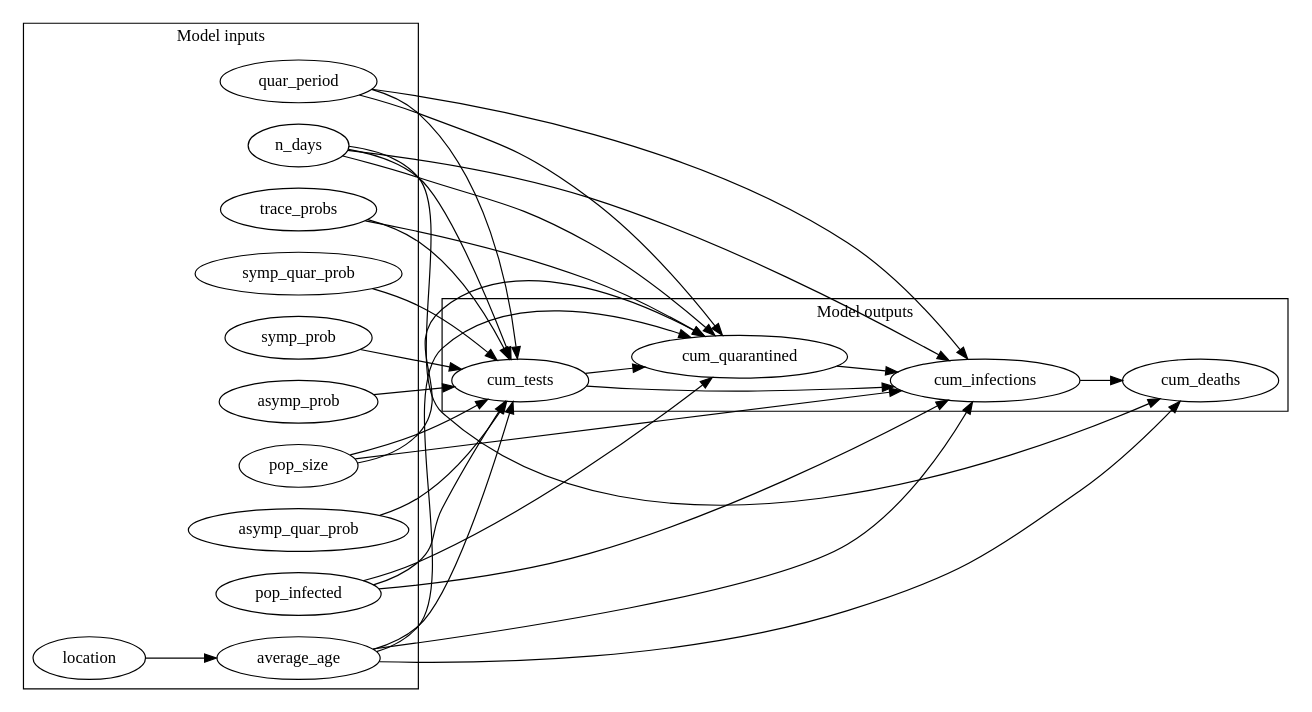
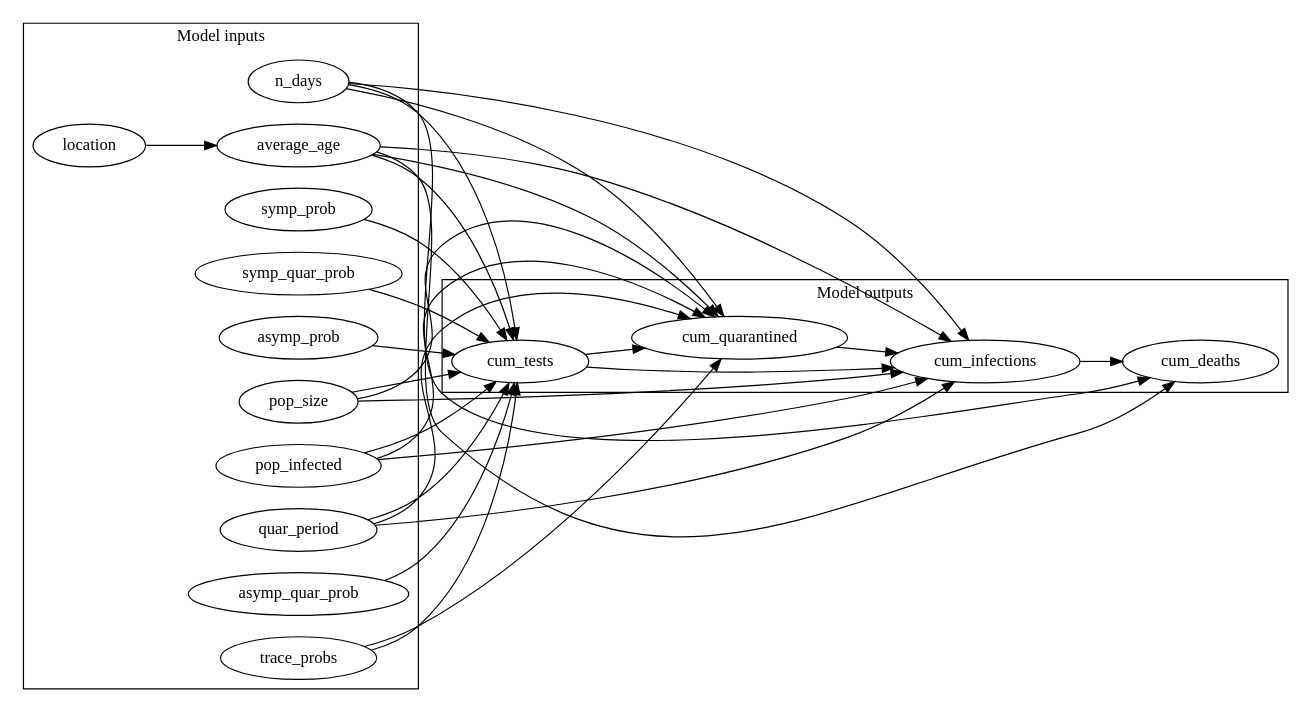
Before and after one commit to CITCOM-project/causcumber: the diagram in scenarios/abstract/dags/compare_interventions_basic.dot, drawn with Graphviz. The commit also changed other lines of this file and 6 other files, not shown here.

```diff
--- a/scenarios/abstract/dags/compare_interventions_basic.dot
+++ b/scenarios/abstract/dags/compare_interventions_basic.dot
@@ -1,54 +1,54 @@
 digraph "" {
 	graph [newrank=True,
 		rankdir=LR
 	];
+	subgraph cluster_outputs {
+		graph [label="Model outputs"];
+		cum_deaths;
+		cum_quarantined;
+		cum_infections;
+		cum_tests;
+	}
 	subgraph cluster_inputs {
 		graph [label="Model inputs"];
-		asymp_prob;
-		pop_infected;
+		symp_prob;
+		trace_probs;
+		symp_quar_prob;
 		location;
 		asymp_quar_prob;
+		pop_size;
+		pop_infected;
+		quar_period;
+		n_days;
+		asymp_prob;
 		average_age;
-		pop_size;
-		symp_quar_prob;
-		quar_period;
-		trace_probs;
-		n_days;
-		symp_prob;
 	}
-	subgraph cluster_outputs {
-		graph [label="Model outputs"];
-		cum_quarantined;
-		cum_deaths;
-		cum_tests;
-		cum_infections;
-	}
-	asymp_prob -> cum_tests;
-	pop_infected -> cum_quarantined;
-	pop_infected -> cum_tests;
-	pop_infected -> cum_infections;
+	symp_prob -> cum_tests;
+	trace_probs -> cum_quarantined;
+	trace_probs -> cum_tests;
+	symp_quar_prob -> cum_tests;
 	location -> average_age;
 	asymp_quar_prob -> cum_tests;
+	pop_size -> cum_quarantined;
+	pop_size -> cum_infections;
+	pop_size -> cum_tests;
+	pop_infected -> cum_quarantined;
+	pop_infected -> cum_infections;
+	pop_infected -> cum_tests;
+	quar_period -> cum_quarantined;
+	quar_period -> cum_infections;
+	quar_period -> cum_tests;
+	n_days -> cum_deaths;
+	n_days -> cum_quarantined;
+	n_days -> cum_infections;
+	n_days -> cum_tests;
+	asymp_prob -> cum_tests;
+	average_age -> cum_deaths;
 	average_age -> cum_quarantined;
-	average_age -> cum_deaths;
+	average_age -> cum_infections;
 	average_age -> cum_tests;
-	average_age -> cum_infections;
-	pop_size -> cum_quarantined;
-	pop_size -> cum_tests;
-	pop_size -> cum_infections;
-	symp_quar_prob -> cum_tests;
-	quar_period -> cum_quarantined;
-	quar_period -> cum_tests;
-	quar_period -> cum_infections;
-	trace_probs -> cum_quarantined;
-	trace_probs -> cum_tests;
-	n_days -> cum_quarantined;
-	n_days -> cum_deaths;
-	n_days -> cum_tests;
-	n_days -> cum_infections;
-	symp_prob -> cum_tests;
 	cum_quarantined -> cum_infections;
+	cum_infections -> cum_deaths;
 	cum_tests -> cum_quarantined;
 	cum_tests -> cum_infections;
-	cum_infections -> cum_deaths;
 }
```
